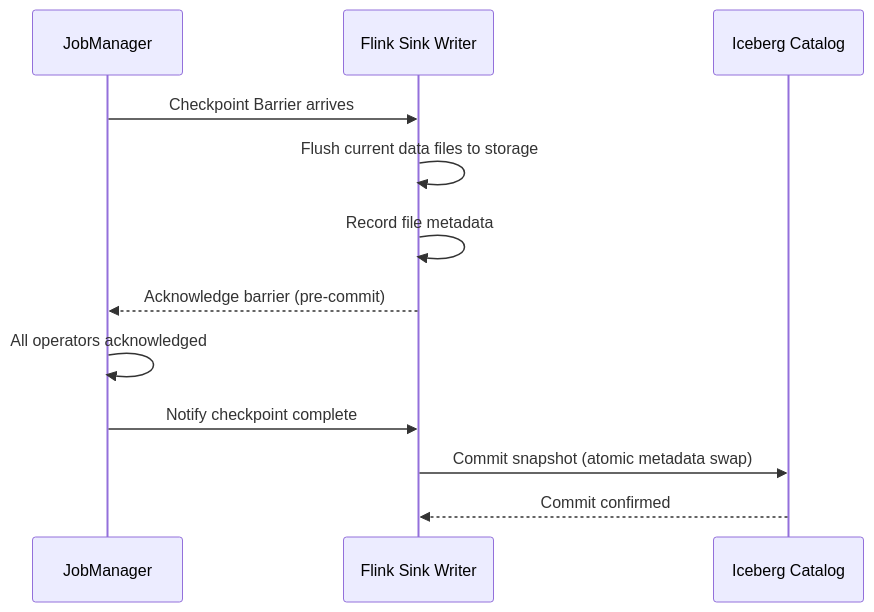
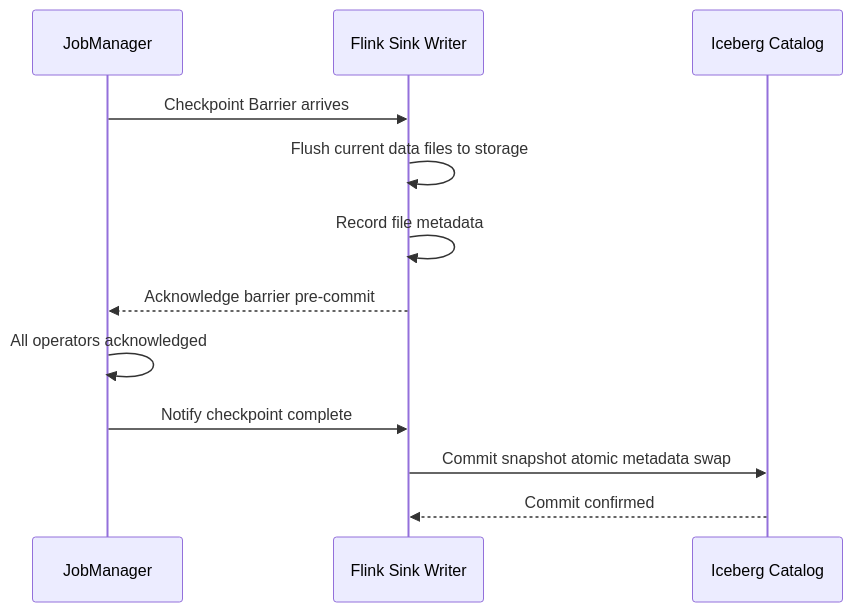
One commit to joeyfaherty/joeyfaherty.github.io changed the seventh of 9 diagrams in _posts/2026-01-15-Spark-writeStream-vs-foreachBatch-vs-Flink.md. Above: the diagram before and after it, drawn with Mermaid. The commit also changed other lines of this file, not shown here.

Commit message:
Fix mermaid rendering

````diff
--- a/_posts/2026-01-15-Spark-writeStream-vs-foreachBatch-vs-Flink.md
+++ b/_posts/2026-01-15-Spark-writeStream-vs-foreachBatch-vs-Flink.md
@@ -516,14 +516,14 @@
-```mermaid
+<pre class="mermaid">
 sequenceDiagram
     participant JM as JobManager
     participant W as Flink Sink Writer
     participant IC as Iceberg Catalog
     JM->>W: Checkpoint Barrier arrives
     W->>W: Flush current data files to storage
     W->>W: Record file metadata
-    W-->>JM: Acknowledge barrier (pre-commit)
+    W-->>JM: Acknowledge barrier pre-commit
     JM->>JM: All operators acknowledged
     JM->>W: Notify checkpoint complete
-    W->>IC: Commit snapshot (atomic metadata swap)
+    W->>IC: Commit snapshot atomic metadata swap
     IC-->>W: Commit confirmed
-```
+</pre>
````
